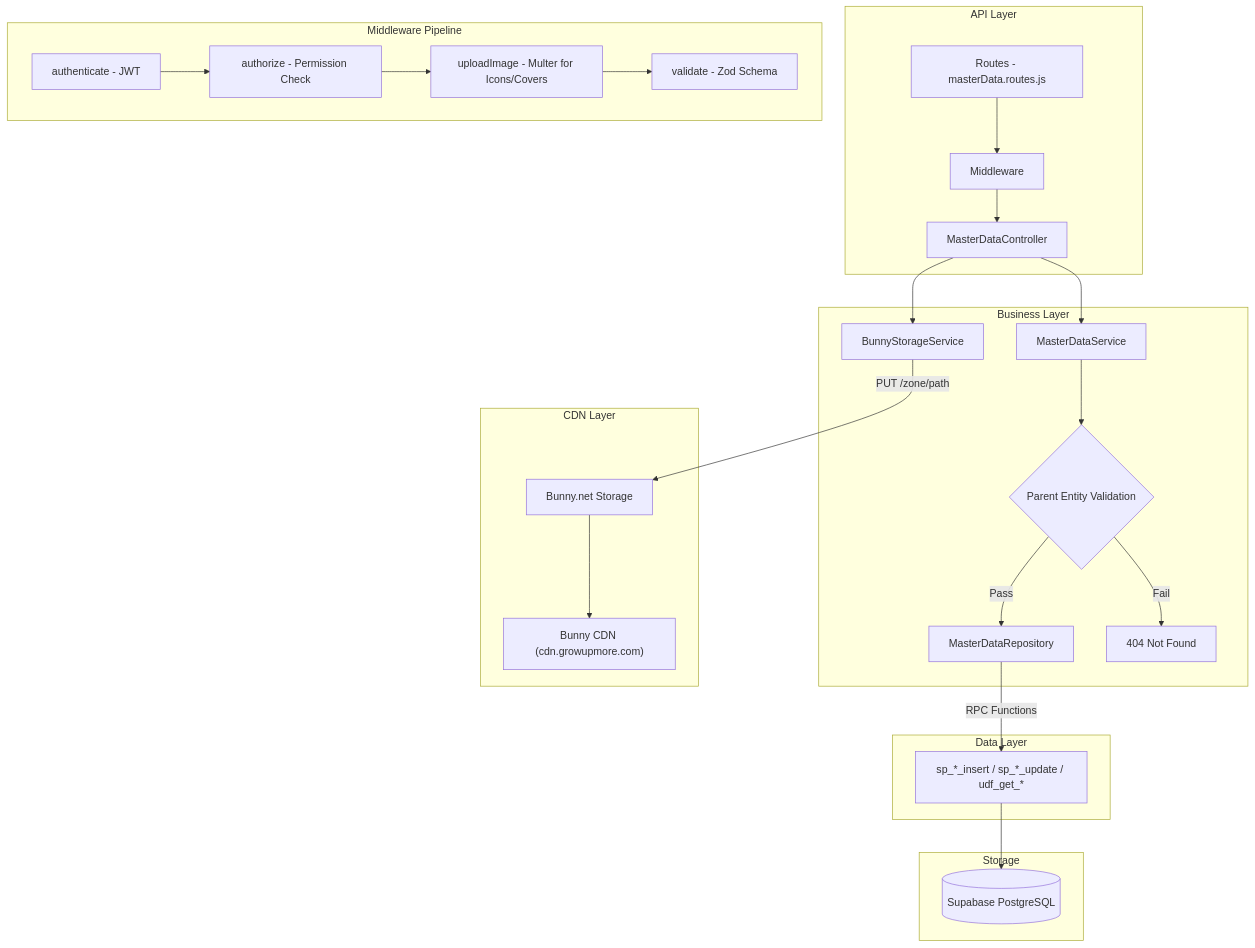
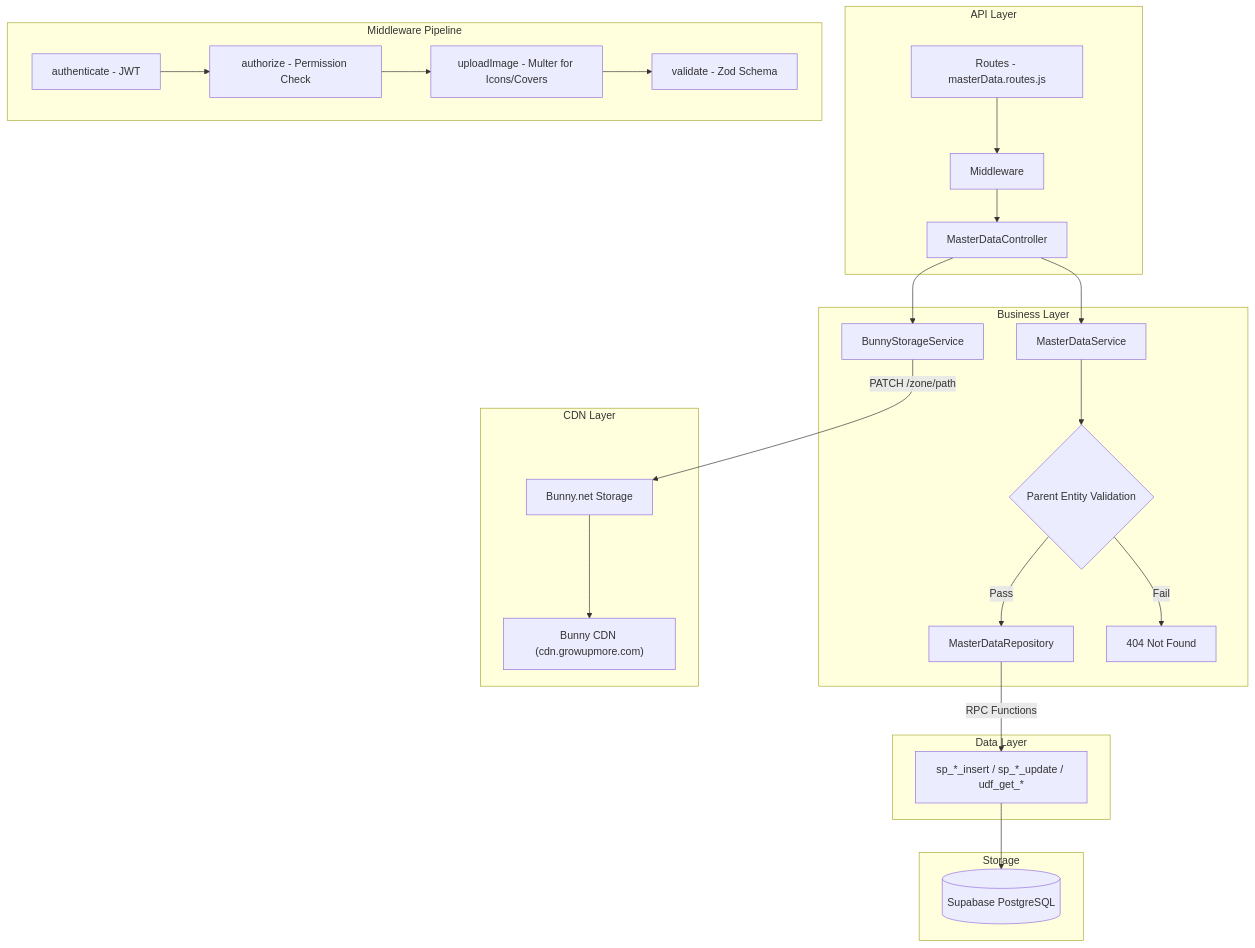
The diagram in docs/v1/3_master-data-extended-api-postman-guide.md (girishinindia/growupmore_api), drawn with Mermaid before and after one commit. The commit also changed other lines of this file and 17 other files, not shown here.

Commit message:
put to patch

````diff
--- a/docs/v1/3_master-data-extended-api-postman-guide.md
+++ b/docs/v1/3_master-data-extended-api-postman-guide.md
@@ -14,30 +14,30 @@
 ```mermaid
 graph TB
     subgraph "API Layer"
         R[Routes - masterData.routes.js] --> M[Middleware]
         M --> C[MasterDataController]
     end
     subgraph "Middleware Pipeline"
         M1[authenticate - JWT] --> M2[authorize - Permission Check]
         M2 --> M3["uploadImage - Multer for Icons/Covers"]
         M3 --> M4[validate - Zod Schema]
     end
     subgraph "Business Layer"
         C --> BS[BunnyStorageService]
         C --> S[MasterDataService]
         S --> V{Parent Entity Validation}
         V -->|Pass| REPO
         V -->|Fail| ERR[404 Not Found]
     end
     subgraph "CDN Layer"
-        BS -->|"PUT /zone/path"| BUNNY["Bunny.net Storage"]
+        BS -->|"PATCH /zone/path"| BUNNY["Bunny.net Storage"]
         BUNNY --> CDN["Bunny CDN (cdn.growupmore.com)"]
     end
     subgraph "Data Layer"
         REPO[MasterDataRepository]
         REPO -->|RPC Functions| SP["sp_*_insert / sp_*_update / udf_get_*"]
     end
     subgraph "Storage"
         SP --> DB[(Supabase PostgreSQL)]
     end
 ```
````
